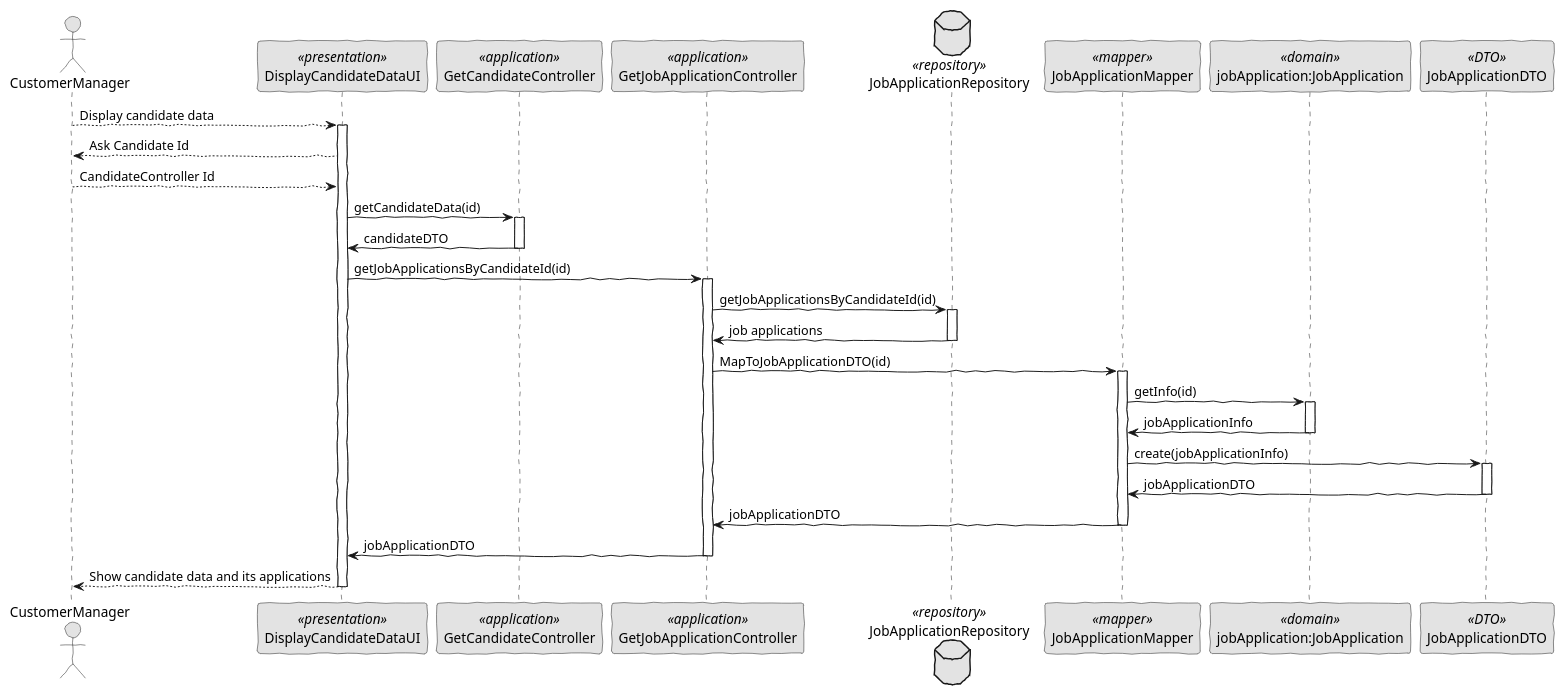
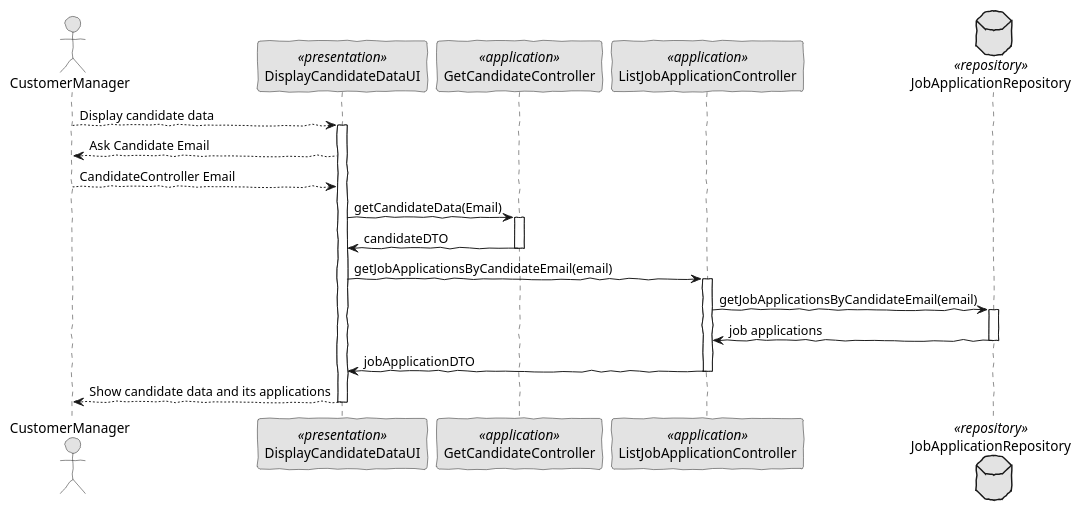
The diagram in docs/US_Sprint_B/US1006b/US1006b.puml (JoelBrunoFerreira/isep-lapr4), drawn with PlantUML before and after one commit. The commit also changed 15 other files, not shown here.

```diff
--- a/docs/US_Sprint_B/US1006b/US1006b.puml
+++ b/docs/US_Sprint_B/US1006b/US1006b.puml
@@ -1,77 +1,62 @@
 @startuml
 'http://plantuml.com/skinparam.html
 skinparam handwritten true
 skinparam monochrome true
 skinparam packageStyle rect
 skinparam defaultFontName FG Virgil
 skinparam shadowing false
 
 actor CustomerManager as Actor
 participant DisplayCandidateDataUI as UI <<presentation>>
 participant GetCandidateController as CandidateController <<application>>
 
-participant GetJobApplicationController as Controller <<application>>
+participant ListJobApplicationController as Controller <<application>>
 database JobApplicationRepository as Repository <<repository>>
-participant JobApplicationMapper as Mapper <<mapper>>
-participant "jobApplication:JobApplication" as Domain <<domain>>
-participant JobApplicationDTO as DTO <<DTO>>
+
 
 
 
 Actor --> UI: Display candidate data
 activate UI
-    UI --> Actor: Ask Candidate Id
-    Actor --> UI: CandidateController Id
+    UI --> Actor: Ask Candidate Email
+    Actor --> UI: CandidateController Email
 
-    UI -> CandidateController: getCandidateData(id)
+    UI -> CandidateController: getCandidateData(Email)
 
     activate CandidateController
 
 
         CandidateController -> UI: candidateDTO
 
     deactivate CandidateController
 
-UI -> Controller: getJobApplicationsByCandidateId(id)
+UI -> Controller: getJobApplicationsByCandidateEmail(email)
 
     activate Controller
-        Controller -> Repository: getJobApplicationsByCandidateId(id)
+        Controller -> Repository: getJobApplicationsByCandidateEmail(email)
 
         activate Repository
             Repository -> Controller: job applications
         deactivate Repository
 
-            Controller -> Mapper: MapToJobApplicationDTO(id)
-
-        activate Mapper
-            Mapper -> Domain: getInfo(id)
-            activate Domain
-                Domain -> Mapper: jobApplicationInfo
-            deactivate Domain
-
-            Mapper -> DTO: create(jobApplicationInfo)
 
 
-        activate DTO
-            DTO -> Mapper: jobApplicationDTO
-        deactivate DTO
 
-        Mapper -> Controller: jobApplicationDTO
-        deactivate Mapper
+
         Controller -> UI: jobApplicationDTO
     deactivate Controller
 
 
 
     UI --> Actor: Show candidate data and its applications
 
 deactivate UI
 
 
 
 
 
 
 
 deactivate UI
 @enduml
```
